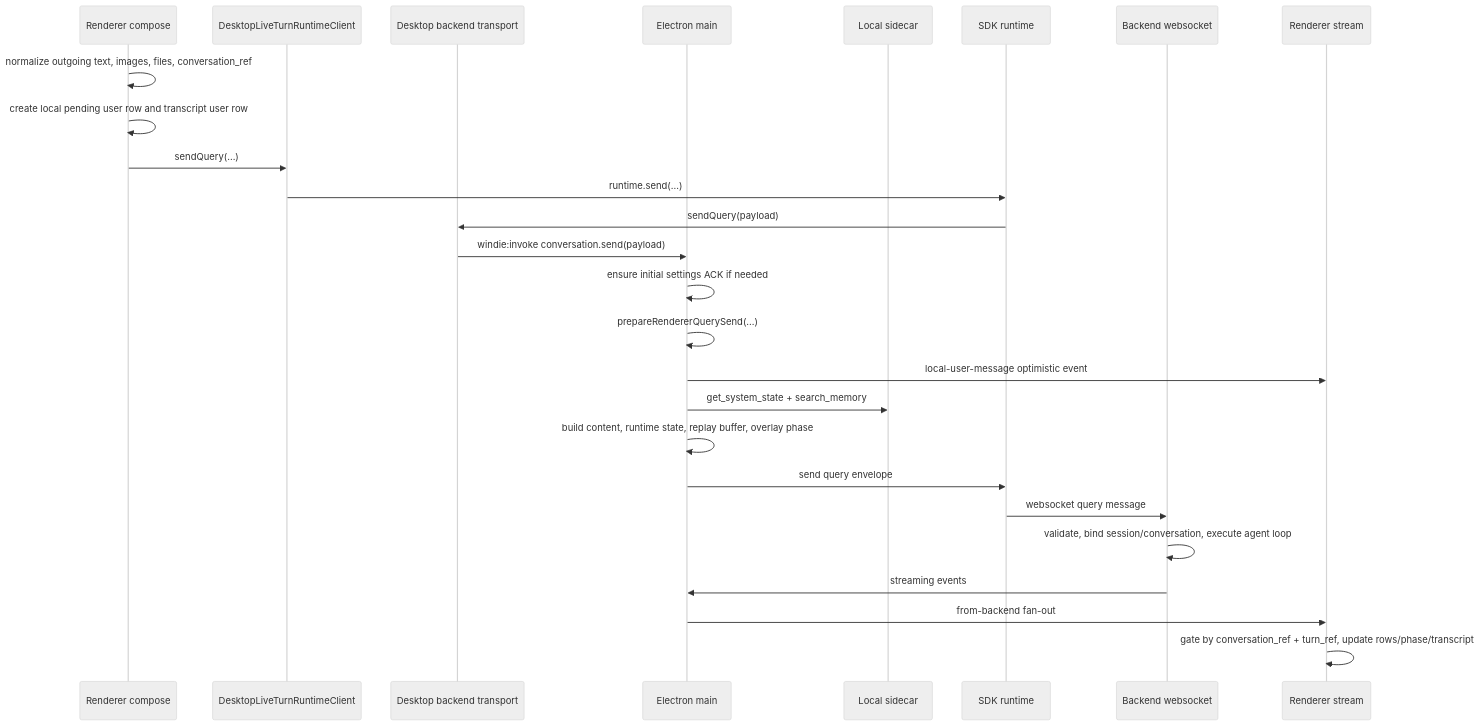
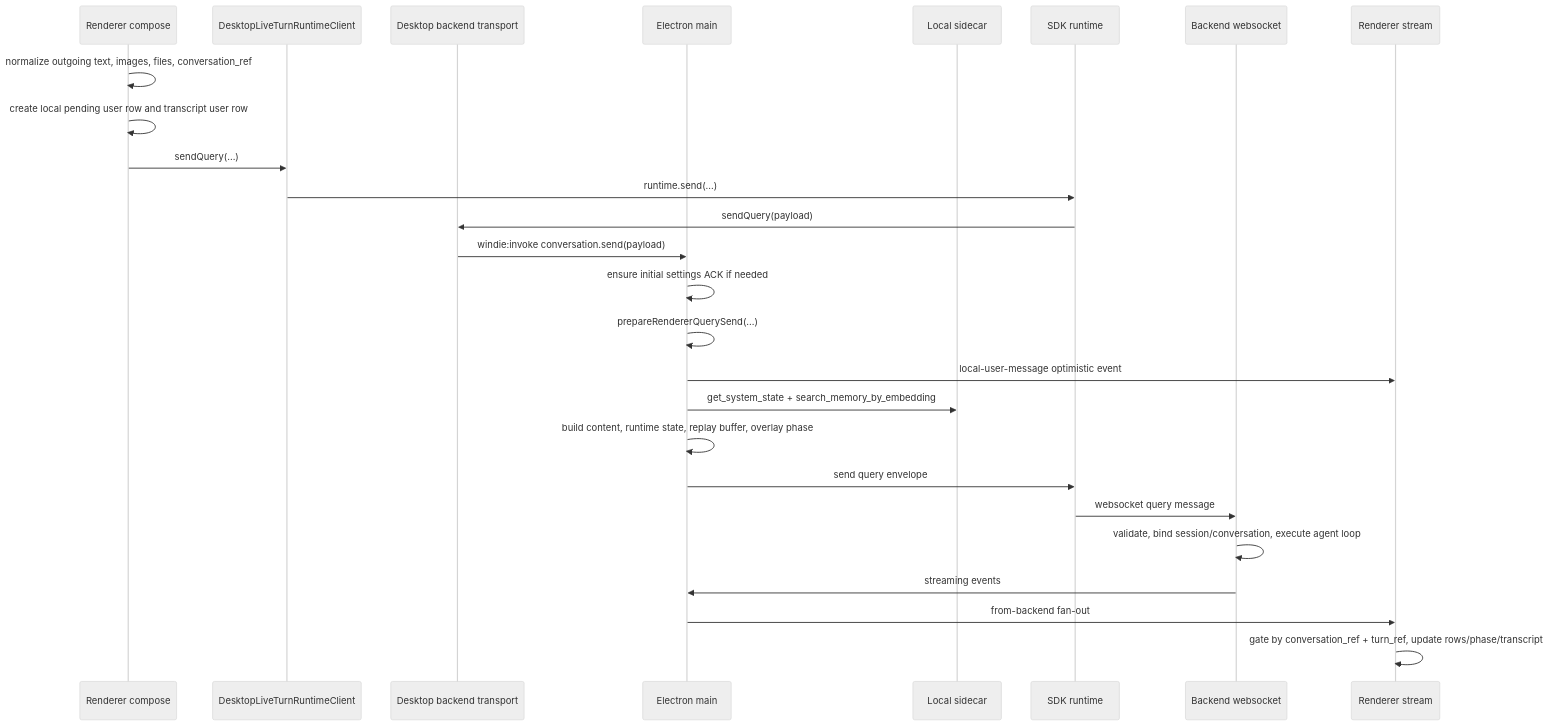
The diagram in docs/frontend/main/query_send_and_stream_relay_change_workflow.md (buiilding/My_Own_OpenClaw), drawn with Mermaid (neutral theme) before and after one commit. The commit also changed 32 other files, not shown here.

First line of the commit message:
refactor(sidecar): remove text memory search rpc

````diff
--- a/docs/frontend/main/query_send_and_stream_relay_change_workflow.md
+++ b/docs/frontend/main/query_send_and_stream_relay_change_workflow.md
@@ -57,29 +57,29 @@
 ```mermaid
 sequenceDiagram
     participant R as Renderer compose
     participant A as DesktopLiveTurnRuntimeClient
     participant T as Desktop backend transport
     participant M as Electron main
     participant L as Local sidecar
     participant SDK as SDK runtime
     participant B as Backend websocket
     participant S as Renderer stream
 
     R->>R: normalize outgoing text, images, files, conversation_ref
     R->>R: create local pending user row and transcript user row
     R->>A: sendQuery(...)
     A->>SDK: runtime.send(...)
     SDK->>T: sendQuery(payload)
     T->>M: windie:invoke conversation.send(payload)
     M->>M: ensure initial settings ACK if needed
     M->>M: prepareRendererQuerySend(...)
     M->>S: local-user-message optimistic event
-    M->>L: get_system_state + search_memory
+    M->>L: get_system_state + search_memory_by_embedding
     M->>M: build content, runtime state, replay buffer, overlay phase
     M->>SDK: send query envelope
     SDK->>B: websocket query message
     B->>B: validate, bind session/conversation, execute agent loop
     B->>M: streaming events
     M->>S: from-backend fan-out
     S->>S: gate by conversation_ref + turn_ref, update rows/phase/transcript
 ```
````
